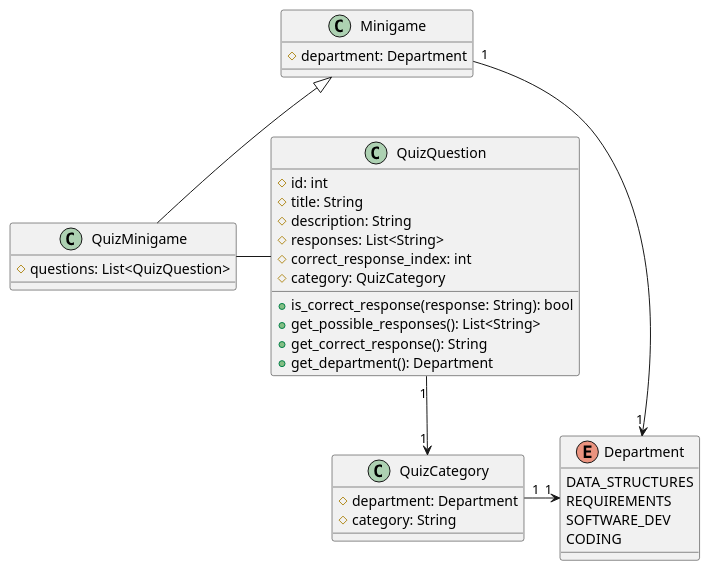
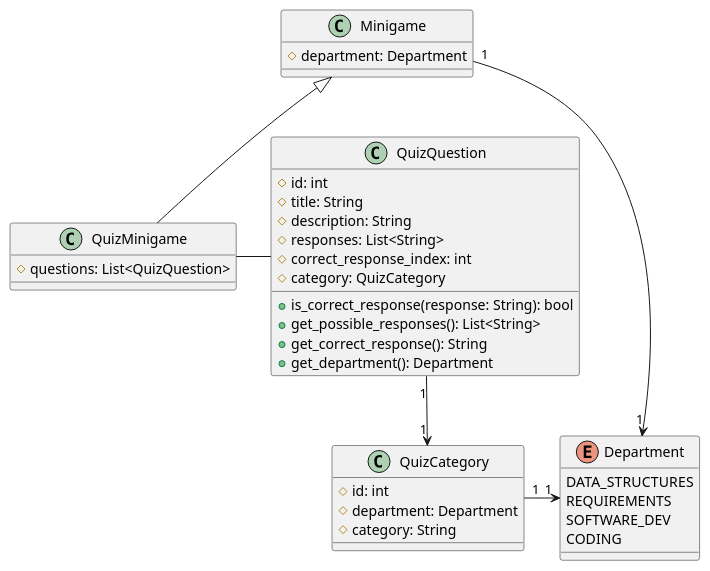
The diagram in diagramas/cu07_quiz_data.plantuml (1affogato/TSP-A26-NAKOSU), drawn with PlantUML before and after one commit. The commit also changed 1 other file, not shown here.

```diff
--- a/diagramas/cu07_quiz_data.plantuml
+++ b/diagramas/cu07_quiz_data.plantuml
@@ -1,43 +1,44 @@
 @startuml quiz_data
 
 class Minigame {
     # department: Department
 }
 
 enum Department {
     DATA_STRUCTURES
     REQUIREMENTS
     SOFTWARE_DEV
     CODING
 }
 
 class QuizMinigame {
     # questions: List<QuizQuestion>
 }
 
 class QuizQuestion {
     # id: int
     # title: String
     # description: String
     # responses: List<String>
     # correct_response_index: int
     # category: QuizCategory
     + is_correct_response(response: String): bool
     + get_possible_responses(): List<String>
     + get_correct_response(): String
     + get_department(): Department
 }
 
 class QuizCategory {
+    # id: int
     # department: Department
     # category: String
 }
 
 Minigame <|-- QuizMinigame
 Minigame "1" -> "1" Department
 
 QuizMinigame - QuizQuestion
 QuizQuestion "1" --> "1" QuizCategory
 QuizCategory "1" -> "1" Department
 
 @enduml
```
